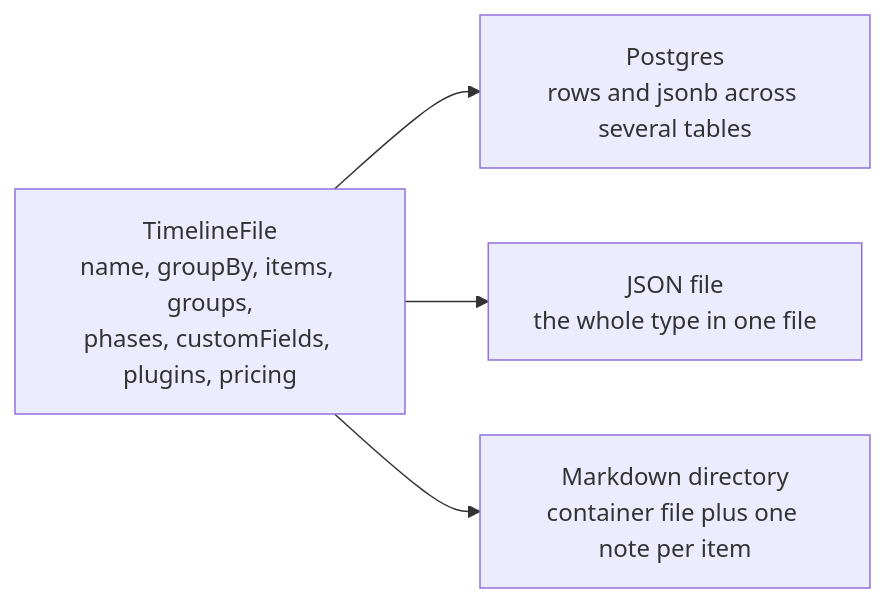
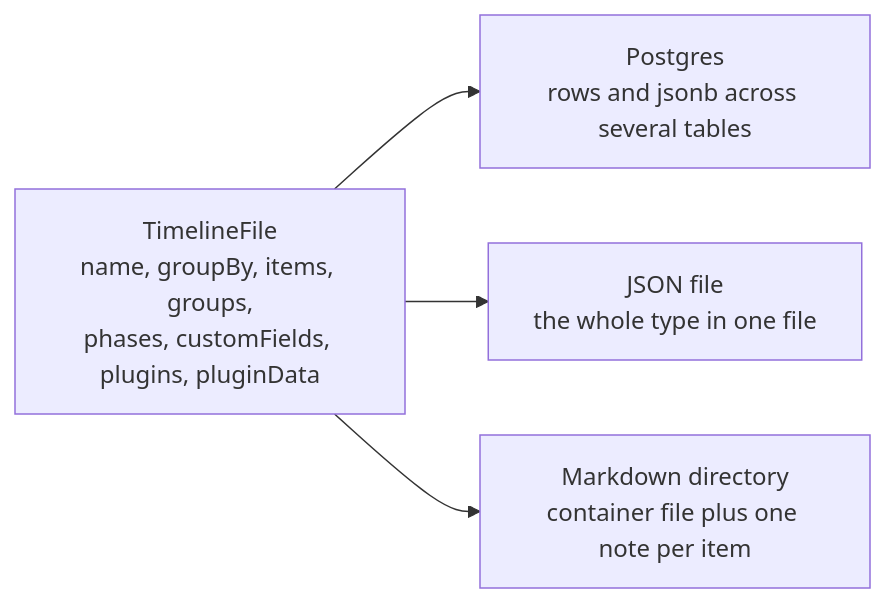
One commit to dermellor/ganttry changed the second of 2 diagrams in docs/overview.md. Above: the diagram before and after it, drawn with Mermaid. The commit also changed other lines of this file and 18 other files, not shown here.

````diff
--- a/docs/overview.md
+++ b/docs/overview.md
@@ -82,11 +82,11 @@
 ```mermaid
 flowchart LR
-    TF["TimelineFile<br/>name, groupBy, items, groups,<br/>phases, customFields, plugins, pricing"]
+    TF["TimelineFile<br/>name, groupBy, items, groups,<br/>phases, customFields, plugins, pluginData"]
     A["Postgres<br/>rows and jsonb across several tables"]
     B["JSON file<br/>the whole type in one file"]
     C["Markdown directory<br/>container file plus one note per item"]
 
     TF --> A
     TF --> B
     TF --> C
 ```
````
